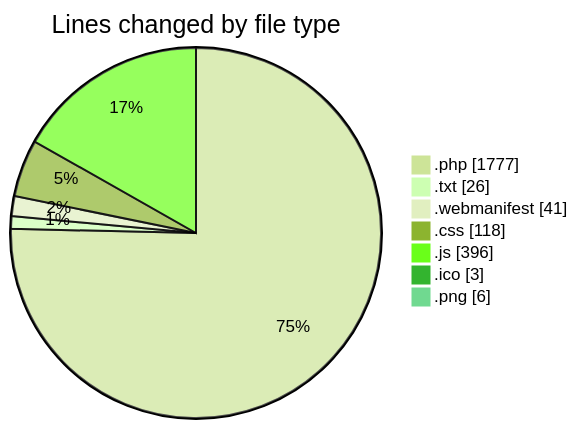
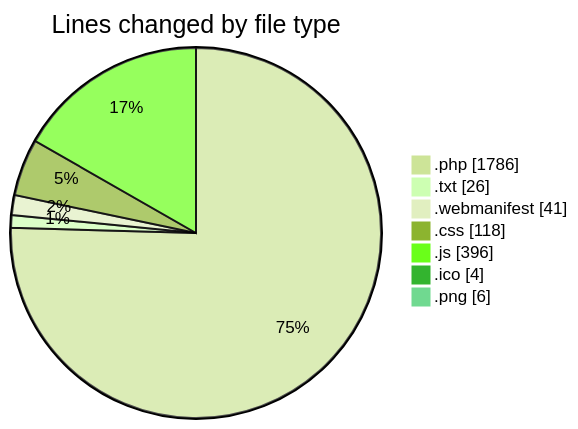
One commit to lephambinh05/code-tracking changed the first of 2 diagrams in 2025-08-20/quytuthien_vn/README.md. Above: the diagram before and after it, drawn with Mermaid (forest theme). The commit also changed other lines of this file and 1 other file, not shown here.

````diff
--- a/2025-08-20/quytuthien_vn/README.md
+++ b/2025-08-20/quytuthien_vn/README.md
@@ -68,11 +68,11 @@
 ```mermaid
 pie showData
 title Lines changed by file type
-".php" : 1777
+".php" : 1786
 ".txt" : 26
 ".webmanifest" : 41
 ".css" : 118
 ".js" : 396
-".ico" : 3
+".ico" : 4
 ".png" : 6
 ```
````
